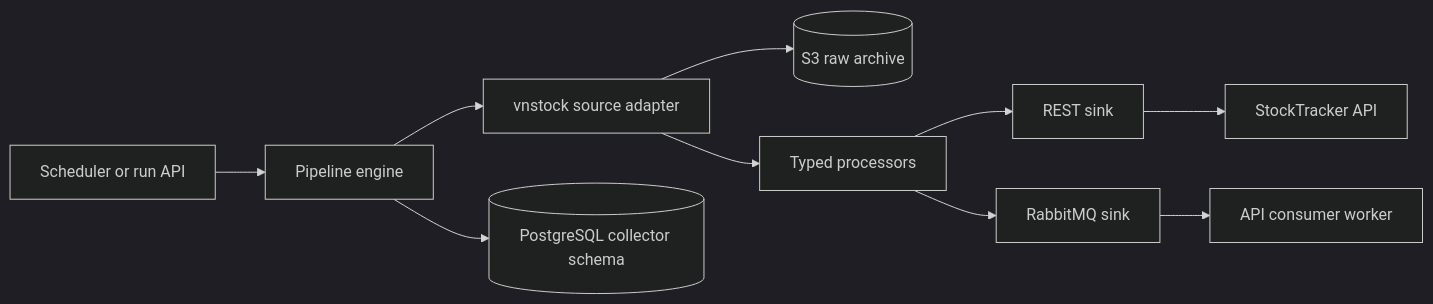
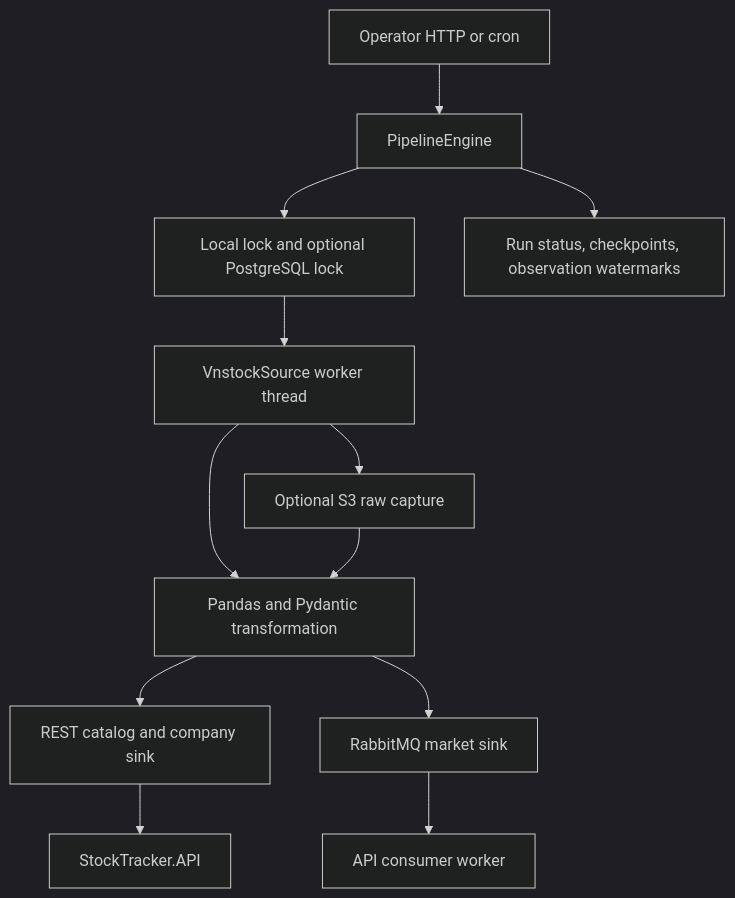
Before and after one commit to trquoctoann/StockTracker.DataCollector: the first of 2 diagrams in docs/architecture.md, drawn with Mermaid (dark theme). The commit also changed other lines of this file and 8 other files, not shown here.

````diff
--- a/docs/architecture.md
+++ b/docs/architecture.md
@@ -7,12 +9,14 @@
 ```mermaid
-flowchart LR
-    Scheduler[Scheduler or run API] --> Engine[Pipeline engine]
-    Engine --> Source[vnstock source adapter]
-    Source --> Archive[(S3 raw archive)]
-    Source --> Processor[Typed processors]
-    Processor --> Rest[REST sink]
-    Processor --> AMQP[RabbitMQ sink]
-    Rest --> API[StockTracker API]
-    AMQP --> Worker[API consumer worker]
-    Engine --> Control[(PostgreSQL collector schema)]
+flowchart TD
+    Trigger[Operator HTTP or cron] --> Engine[PipelineEngine]
+    Engine --> Lock[Local lock and optional PostgreSQL lock]
+    Lock --> Source[VnstockSource worker thread]
+    Source --> Archive[Optional S3 raw capture]
+    Source --> Processor[Pandas and Pydantic transformation]
+    Archive --> Processor
+    Processor --> REST[REST catalog and company sink]
+    Processor --> MQ[RabbitMQ market sink]
+    REST --> API[StockTracker.API]
+    MQ --> Worker[API consumer worker]
+    Engine --> State[Run status, checkpoints, observation watermarks]
 ```
````
